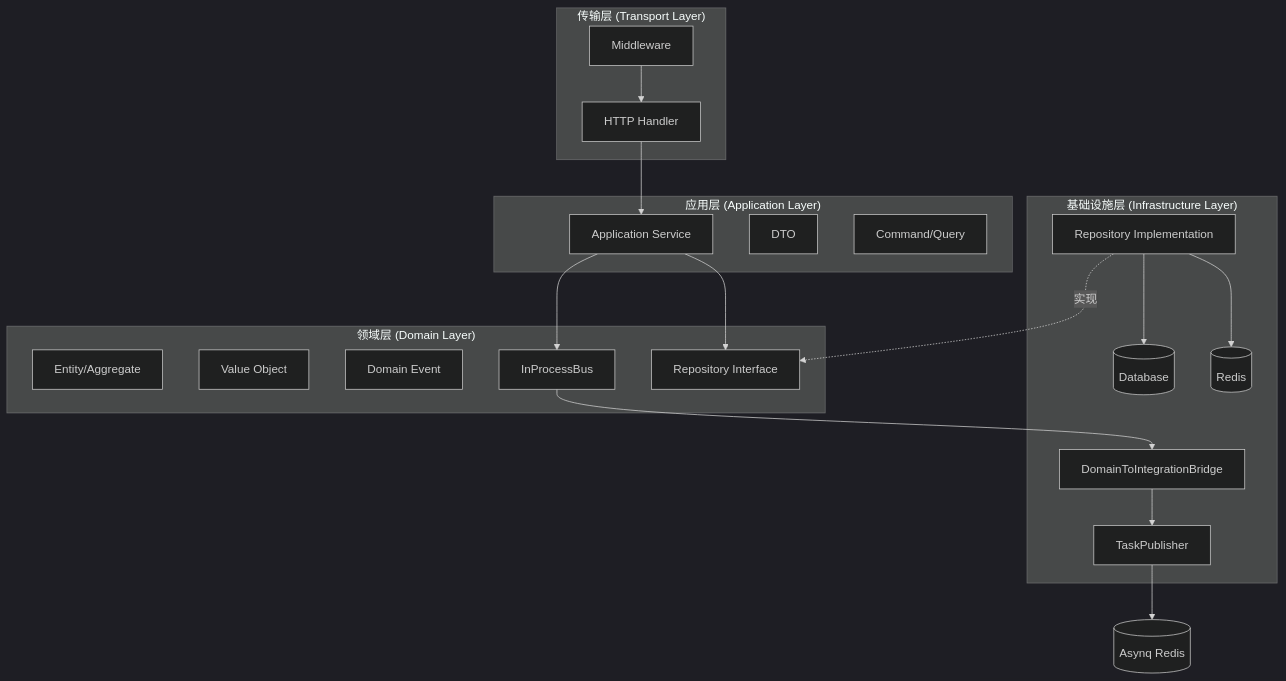
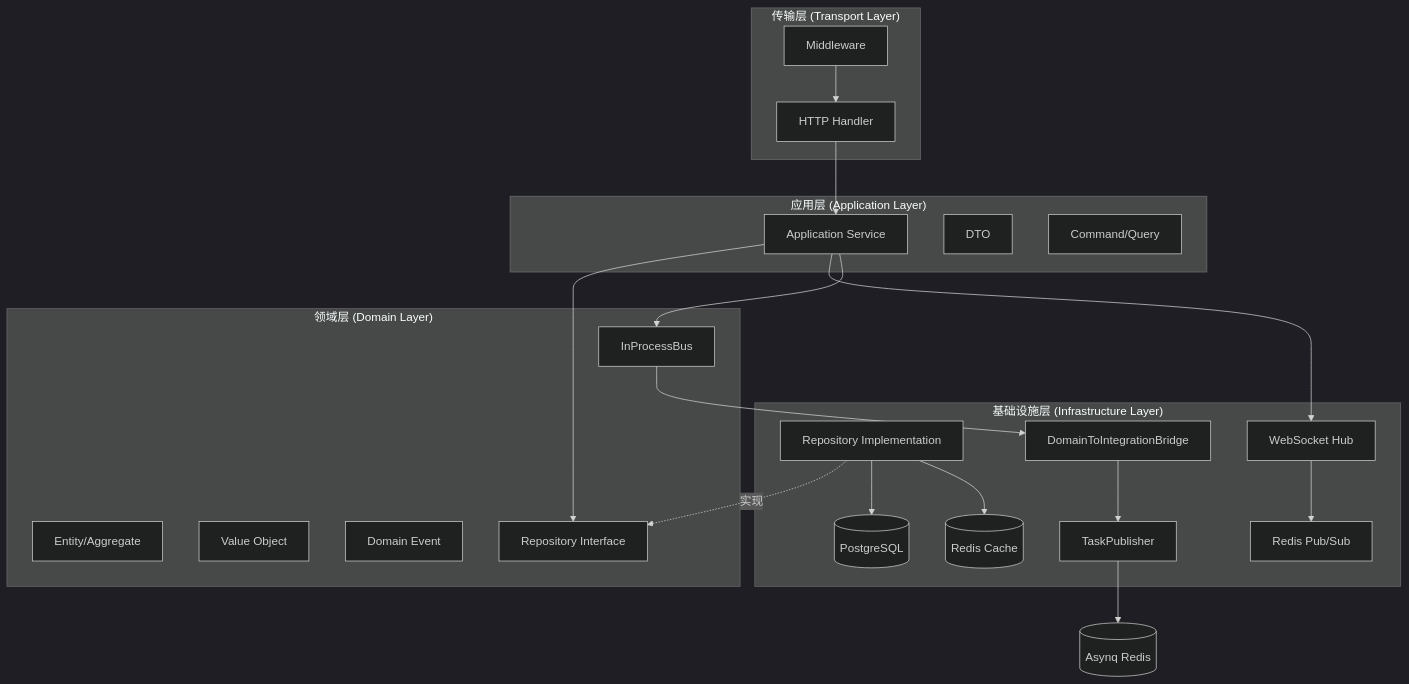
One commit to shenfay/go-react-admin changed the first of 4 diagrams in docs/backend/architecture/DDD_ARCHITECTURE.md. Above: the diagram before and after it, drawn with Mermaid (dark theme). The commit also changed other lines of this file and 7 other files, not shown here.

First line of the commit message:
docs: update documentation for WebSocket push, message module and email verification

````diff
--- a/docs/backend/architecture/DDD_ARCHITECTURE.md
+++ b/docs/backend/architecture/DDD_ARCHITECTURE.md
@@ -21,40 +21,44 @@
 ```mermaid
 graph TB
     subgraph Transport["传输层 (Transport Layer)"]
         HTTP[HTTP Handler]
         MW[Middleware]
     end
     
     subgraph Application["应用层 (Application Layer)"]
         Service[Application Service]
         DTO[DTO]
         Command[Command/Query]
     end
     
     subgraph Domain["领域层 (Domain Layer)"]
         Entity[Entity/Aggregate]
         VO[Value Object]
         DomainEvent[Domain Event]
         Bus[InProcessBus]
         RepoInterface[Repository Interface]
     end
     
     subgraph Infrastructure["基础设施层 (Infrastructure Layer)"]
         RepoImpl[Repository Implementation]
-        DB[(Database)]
-        Redis[(Redis)]
+        DB[(PostgreSQL)]
+        Redis[(Redis Cache)]
         Bridge[DomainToIntegrationBridge]
         TaskPub[TaskPublisher]
+        WsHub[WebSocket Hub]
+        RedisPub[Redis Pub/Sub]
     end
     
     HTTP --> Service
     MW --> HTTP
     Service --> RepoInterface
+    Service --> WsHub
     Service --> Bus
     RepoImpl -.实现.-> RepoInterface
     RepoImpl --> DB
     RepoImpl --> Redis
     Bus --> Bridge
     Bridge --> TaskPub
     TaskPub --> Asynq[(Asynq Redis)]
+    WsHub --> RedisPub
 ```
````
